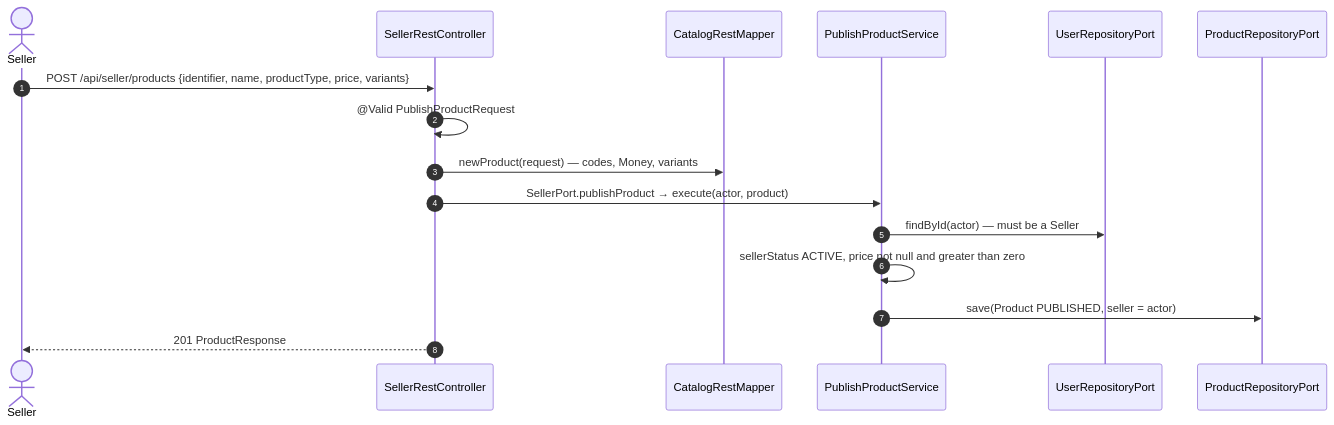
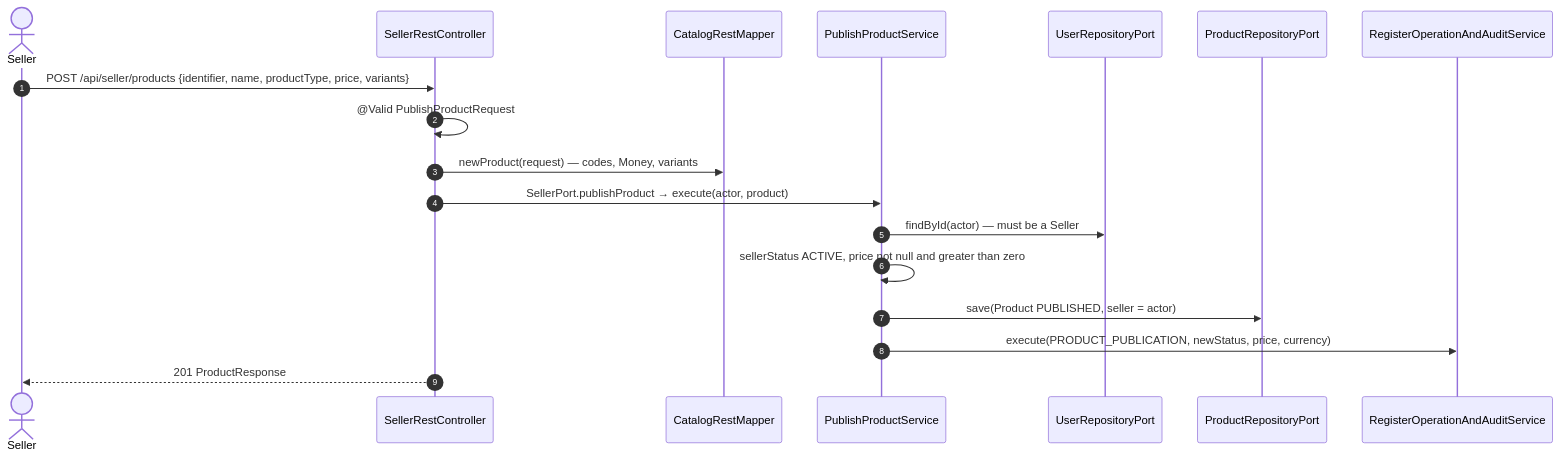
The third of 9 diagrams in SDD/C4/11-endpoints-flows.md (Spuerta18/Nexuss), drawn with Mermaid before and after one commit. The commit also changed other lines of this file and 34 other files, not shown here.

````diff
--- a/SDD/C4/11-endpoints-flows.md
+++ b/SDD/C4/11-endpoints-flows.md
@@ -127,19 +145,21 @@
 ```mermaid
 sequenceDiagram
     autonumber
     actor Sl as Seller
     participant C as SellerRestController
     participant M as CatalogRestMapper
     participant S as PublishProductService
     participant U as UserRepositoryPort
     participant PR as ProductRepositoryPort
+    participant A as RegisterOperationAndAuditService
 
     Sl->>C: POST /api/seller/products {identifier, name, productType, price, variants}
     C->>C: @Valid PublishProductRequest
     C->>M: newProduct(request) — codes, Money, variants
     C->>S: SellerPort.publishProduct → execute(actor, product)
     S->>U: findById(actor) — must be a Seller
     S->>S: sellerStatus ACTIVE, price not null and greater than zero
     S->>PR: save(Product PUBLISHED, seller = actor)
+    S->>A: execute(PRODUCT_PUBLICATION, newStatus, price, currency)
     C-->>Sl: 201 ProductResponse
 ```
````
